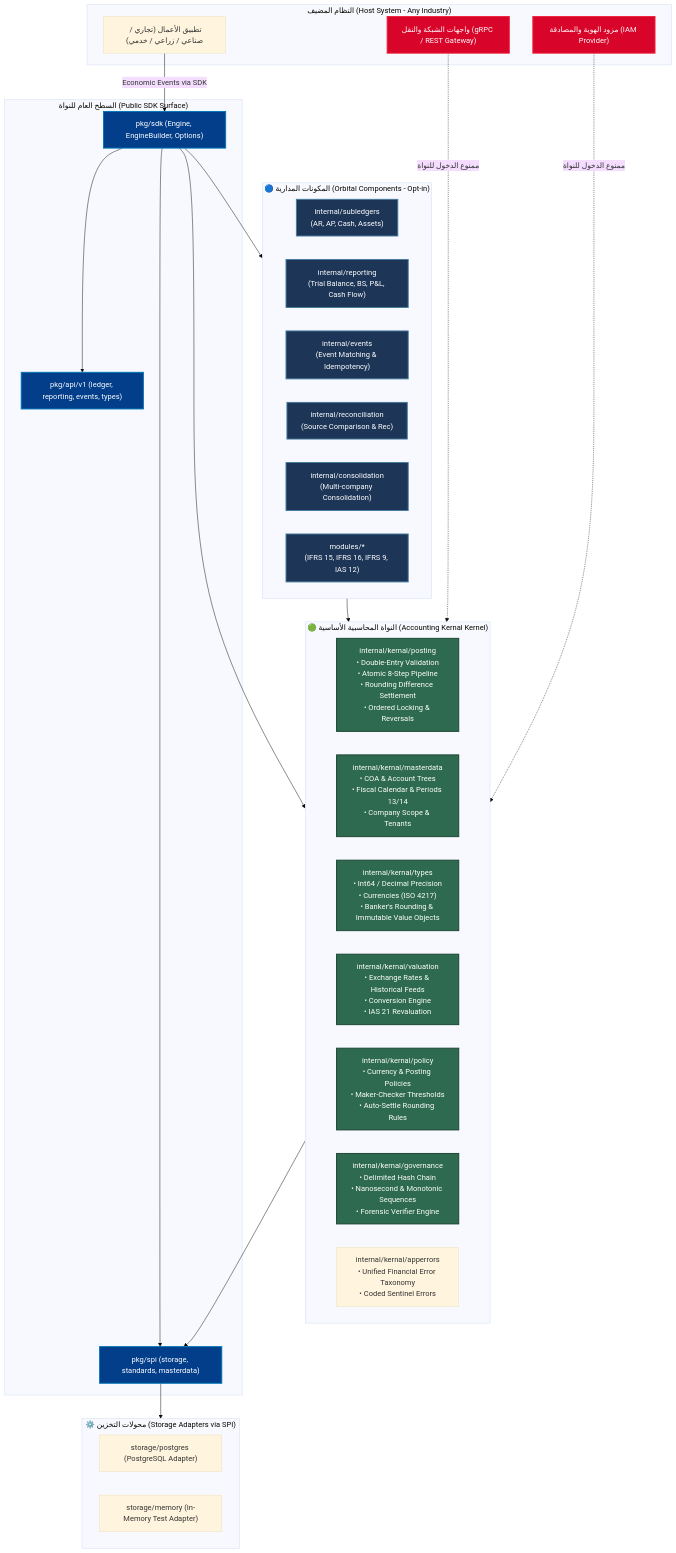
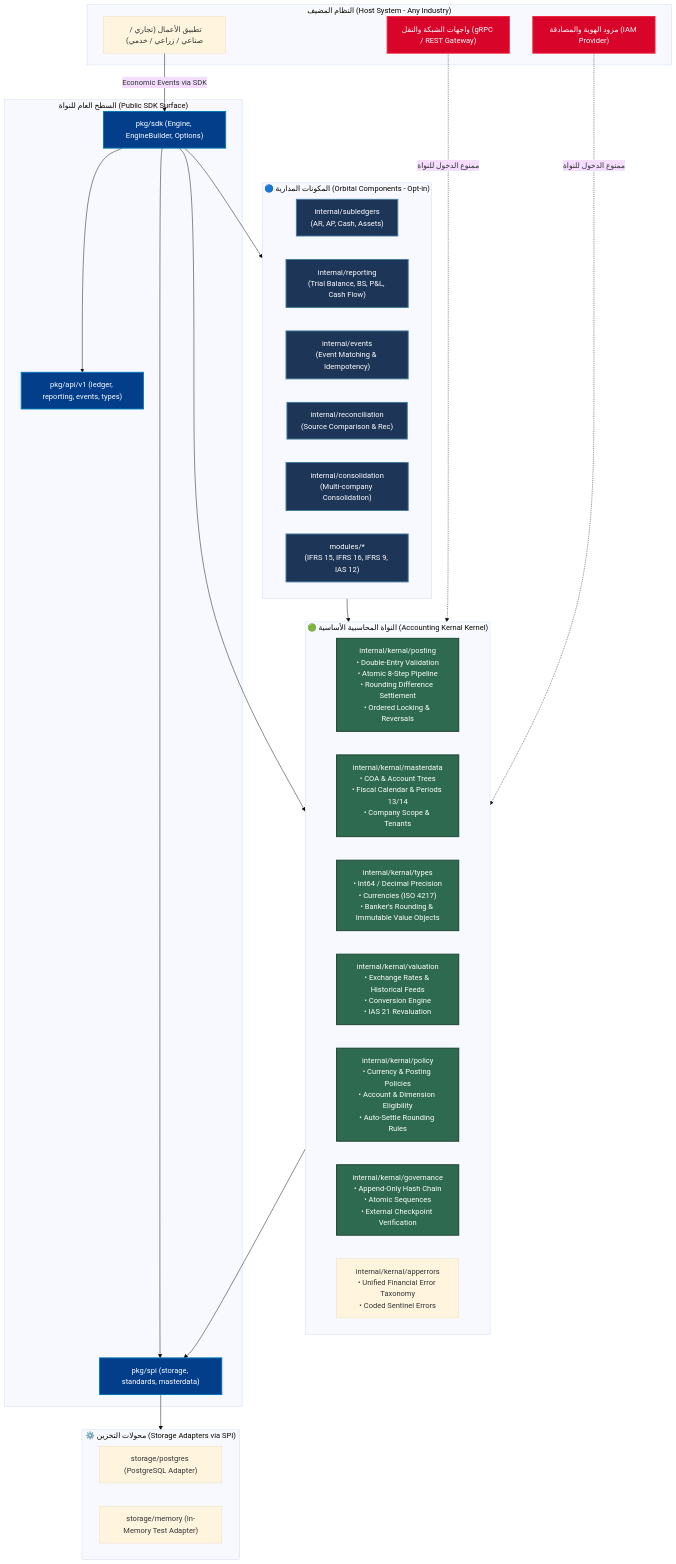
The diagram in docs/TARGET_ACCOUNTING_KERNAL.md (osmai4603-collab/accountant_engine), drawn with Mermaid (base theme) before and after one commit. The commit also changed other lines of this file and 149 other files, not shown here.

````diff
--- a/docs/TARGET_ACCOUNTING_KERNAL.md
+++ b/docs/TARGET_ACCOUNTING_KERNAL.md
@@ -55,62 +56,62 @@
 ```mermaid
 flowchart TB
     subgraph HostDomain ["النظام المضيف (Host System - Any Industry)"]
         HOST_APP["تطبيق الأعمال (تجاري / صناعي / زراعي / خدمي)"]
         HOST_AUTH["مزود الهوية والمصادقة (IAM Provider)"]
         HOST_TRANS["واجهات الشبكة والنقل (gRPC / REST Gateway)"]
     end
 
     subgraph PublicBoundary ["السطح العام للنواة (Public SDK Surface)"]
         SDK["pkg/sdk (Engine, EngineBuilder, Options)"]
         API["pkg/api/v1 (ledger, reporting, events, types)"]
         SPI["pkg/spi (storage, standards, masterdata)"]
     end
 
     subgraph TargetCore ["🟢 النواة المحاسبية الأساسية (Accounting Kernal Kernel)"]
         POSTING["internal/kernal/posting<br/>• Double-Entry Validation<br/>• Atomic 8-Step Pipeline<br/>• Rounding Difference Settlement<br/>• Ordered Locking & Reversals"]
         MASTER["internal/kernal/masterdata<br/>• COA & Account Trees<br/>• Fiscal Calendar & Periods 13/14<br/>• Company Scope & Tenants"]
         TYPES["internal/kernal/types<br/>• Int64 / Decimal Precision<br/>• Currencies (ISO 4217)<br/>• Banker's Rounding & Immutable Value Objects"]
         VALUATION["internal/kernal/valuation<br/>• Exchange Rates & Historical Feeds<br/>• Conversion Engine<br/>• IAS 21 Revaluation"]
-        POLICY["internal/kernal/policy<br/>• Currency & Posting Policies<br/>• Maker-Checker Thresholds<br/>• Auto-Settle Rounding Rules"]
-        GOVERNANCE["internal/kernal/governance<br/>• Delimited Hash Chain<br/>• Nanosecond & Monotonic Sequences<br/>• Forensic Verifier Engine"]
+        POLICY["internal/kernal/policy<br/>• Currency & Posting Policies<br/>• Account & Dimension Eligibility<br/>• Auto-Settle Rounding Rules"]
+        GOVERNANCE["internal/kernal/governance<br/>• Append-Only Hash Chain<br/>• Atomic Sequences<br/>• External Checkpoint Verification"]
         APPERRORS["internal/kernal/apperrors<br/>• Unified Financial Error Taxonomy<br/>• Coded Sentinel Errors"]
     end
 
     subgraph Orbitals ["🔵 المكونات المدارية (Orbital Components - Opt-in)"]
         SUBLEDGERS["internal/subledgers<br/>(AR, AP, Cash, Assets)"]
         REPORTING["internal/reporting<br/>(Trial Balance, BS, P&L, Cash Flow)"]
         EVENTS_ING["internal/events<br/>(Event Matching & Idempotency)"]
         RECON["internal/reconciliation<br/>(Source Comparison & Rec)"]
         CONSOL["internal/consolidation<br/>(Multi-company Consolidation)"]
         STANDARDS["modules/*<br/>(IFRS 15, IFRS 16, IFRS 9, IAS 12)"]
     end
 
     subgraph StorageLayer ["⚙️ محولات التخزين (Storage Adapters via SPI)"]
         PG["storage/postgres (PostgreSQL Adapter)"]
         MEM["storage/memory (In-Memory Test Adapter)"]
     end
 
     %% علاقات التبعية والتدفق
     HOST_APP -->|Economic Events via SDK| SDK
     SDK --> API
     SDK --> SPI
     SDK --> TargetCore
     SDK --> Orbitals
     Orbitals --> TargetCore
     TargetCore --> SPI
     SPI --> StorageLayer
 
     %% موانع معمارية صارمة
     HOST_TRANS -.->|ممنوع الدخول للنواة| TargetCore
     HOST_AUTH -.->|ممنوع الدخول للنواة| TargetCore
 
     classDef coreStyle fill:#2d6a4f,stroke:#1b4332,stroke-width:2px,color:#fff;
     classDef orbitStyle fill:#1d3557,stroke:#457b9d,stroke-width:2px,color:#fff;
     classDef publicStyle fill:#023e8a,stroke:#0077b6,stroke-width:2px,color:#fff;
     classDef blockStyle fill:#d90429,stroke:#ef233c,stroke-width:2px,color:#fff;
 
     class POSTING,MASTER,TYPES,VALUATION,POLICY,GOVERNANCE coreStyle;
     class SUBLEDGERS,REPORTING,EVENTS_ING,RECON,CONSOL,STANDARDS orbitStyle;
     class SDK,API,SPI publicStyle;
     class HOST_AUTH,HOST_TRANS blockStyle;
 ```
````
